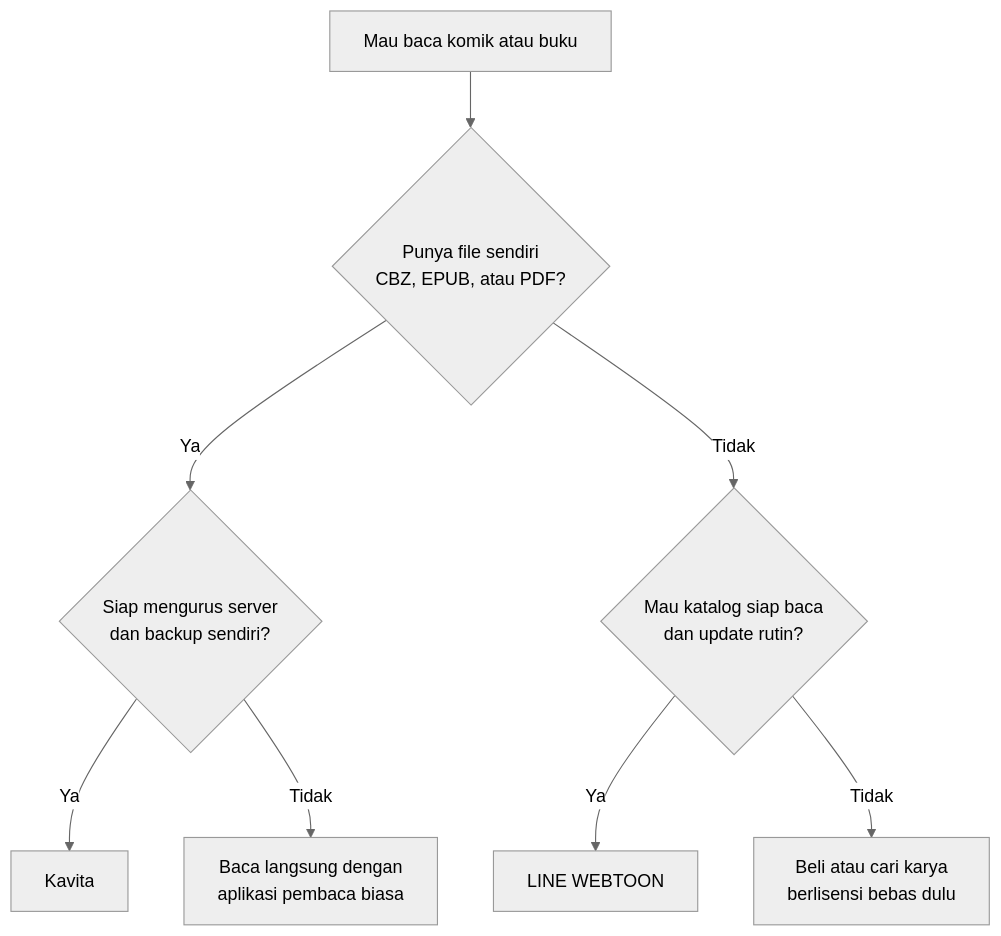
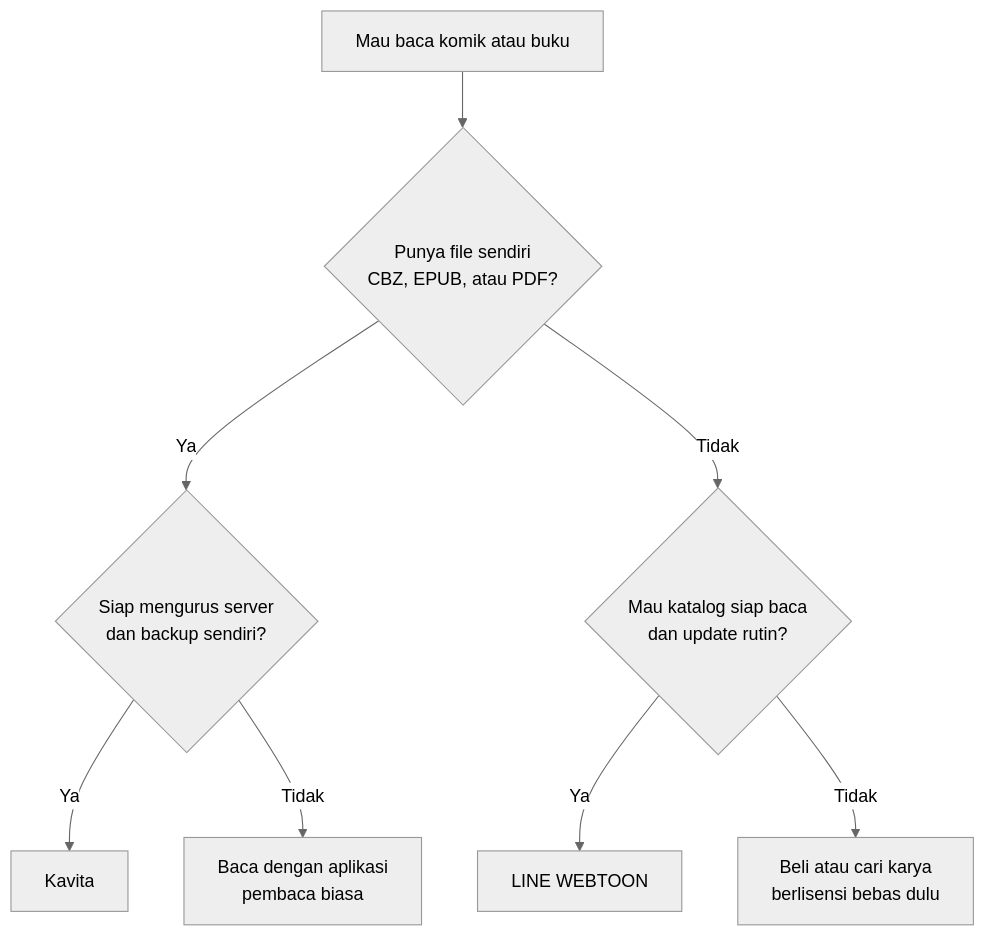
Before and after one commit to Wafiirbn/kavita-selfhosted: the second of 2 diagrams in README.md, drawn with Mermaid (neutral theme). The commit also changed other lines of this file, not shown here.

````diff
--- a/README.md
+++ b/README.md
@@ -426,10 +471,10 @@
 ```mermaid
 flowchart TD
     A["Mau baca komik atau buku"] --> B{"Punya file sendiri<br/>CBZ, EPUB, atau PDF?"}
     B -- Ya --> C{"Siap mengurus server<br/>dan backup sendiri?"}
     C -- Ya --> K["Kavita"]
-    C -- Tidak --> L["Baca langsung dengan<br/>aplikasi pembaca biasa"]
+    C -- Tidak --> L["Baca dengan aplikasi<br/>pembaca biasa"]
     B -- Tidak --> D{"Mau katalog siap baca<br/>dan update rutin?"}
     D -- Ya --> W["LINE WEBTOON"]
     D -- Tidak --> E["Beli atau cari karya<br/>berlisensi bebas dulu"]
 ```
````
